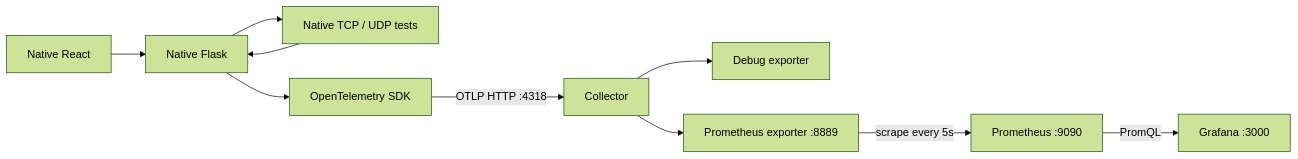
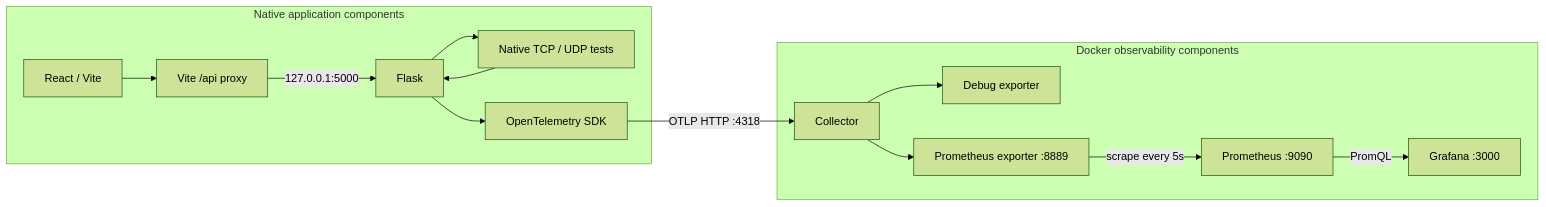
Before and after one commit to Abhay18570/NetBench: the diagram in README.md, drawn with Mermaid (forest theme). The commit also changed other lines of this file and 2 other files, not shown here.

````diff
--- a/README.md
+++ b/README.md
@@ -410,12 +462,17 @@
 ```mermaid
 flowchart LR
-    UI[Native React] --> API[Native Flask]
+    subgraph Application[Native application components]
+    UI[React / Vite] --> Proxy[Vite /api proxy]
+    Proxy -->|127.0.0.1:5000| API[Flask]
     API --> Engines[Native TCP / UDP tests]
     Engines --> API
     API --> SDK[OpenTelemetry SDK]
+    end
     SDK -->|OTLP HTTP :4318| Collector[Collector]
+    subgraph Observability[Docker observability components]
     Collector --> Debug[Debug exporter]
     Collector --> Exposition[Prometheus exporter :8889]
     Exposition -->|scrape every 5s| Prometheus[Prometheus :9090]
     Prometheus -->|PromQL| Grafana[Grafana :3000]
+    end
 ```
````
